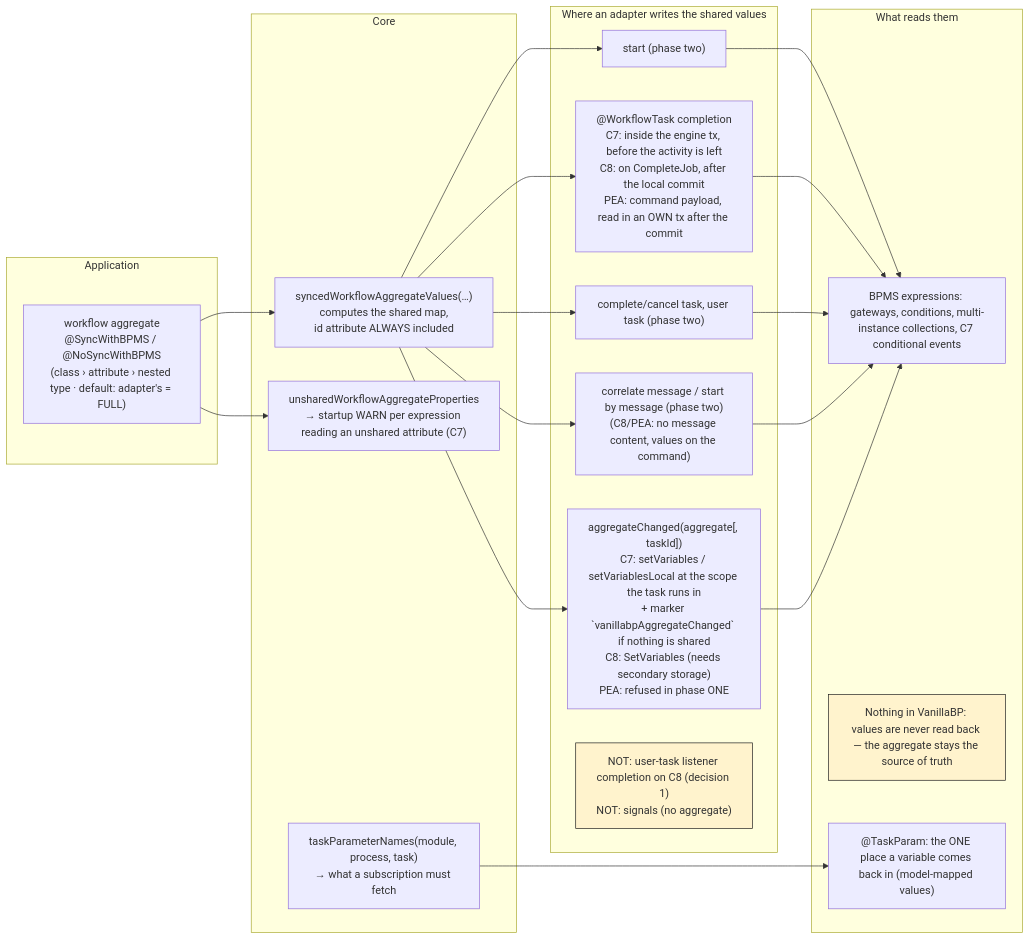
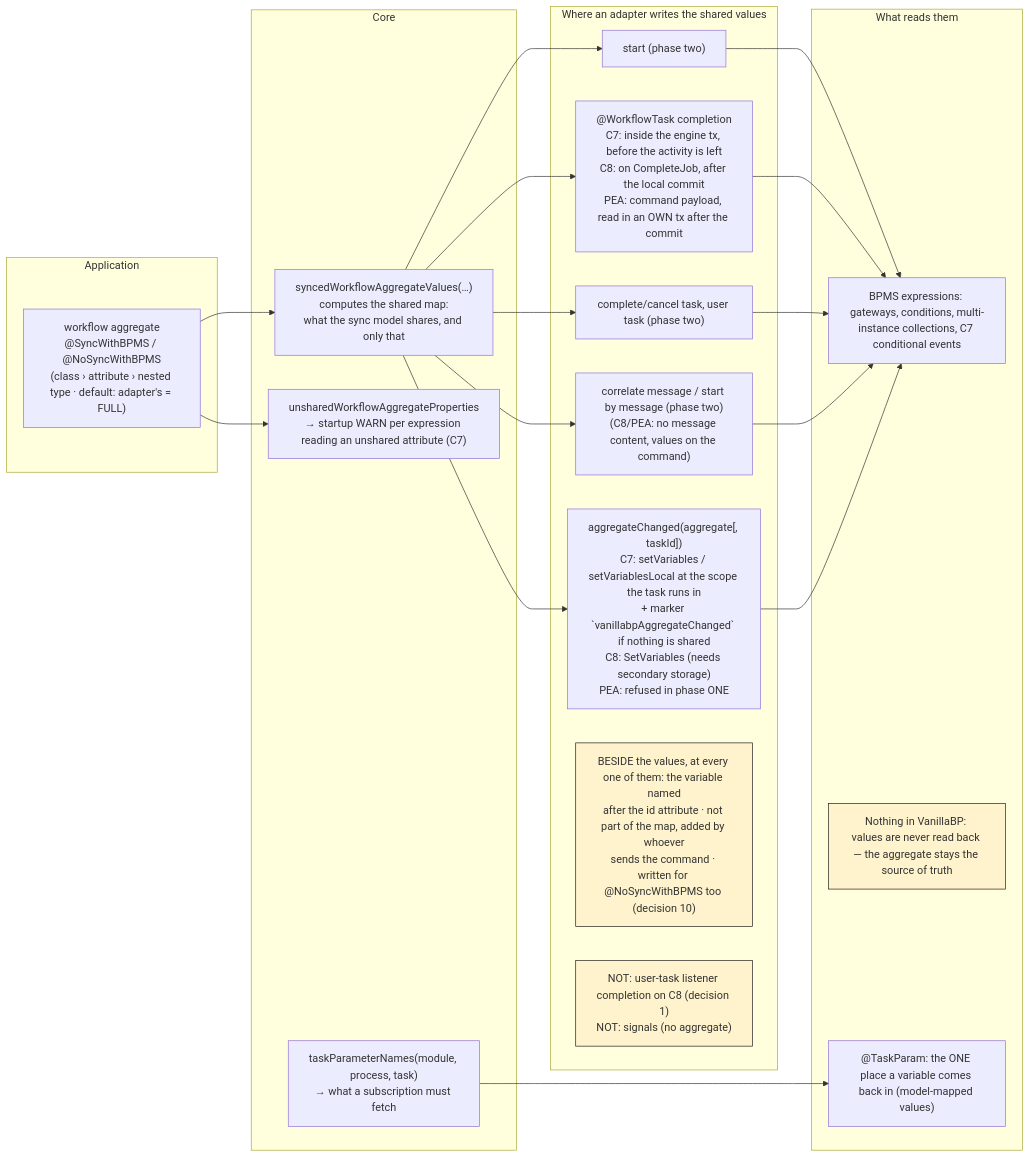
One commit to vanillabp/adapter-platform-integration changed diagram 12 of 15 in migration-adapter/README.md. Above: the diagram before and after it, drawn with Mermaid. The commit also changed 5 other files, not shown here.

````diff
--- a/migration-adapter/README.md
+++ b/migration-adapter/README.md
@@ -1751,39 +1751,40 @@
 ```mermaid
 flowchart LR
   subgraph APP["Application"]
     AGG["workflow aggregate<br/>@SyncWithBPMS / @NoSyncWithBPMS<br/>(class › attribute › nested type · default: adapter's = FULL)"]
   end
 
   subgraph CORE["Core"]
-    SV["syncedWorkflowAggregateValues(…)<br/>computes the shared map,<br/>id attribute ALWAYS included"]
+    SV["syncedWorkflowAggregateValues(…)<br/>computes the shared map:<br/>what the sync model shares, and only that"]
     UP["unsharedWorkflowAggregateProperties<br/>→ startup WARN per expression reading an unshared attribute (C7)"]
     TPN["taskParameterNames(module, process, task)<br/>→ what a subscription must fetch"]
   end
 
   AGG --> SV
   AGG --> UP
 
   subgraph WRITE["Where an adapter writes the shared values"]
     W1["start (phase two)"]
     W2["@WorkflowTask completion<br/>C7: inside the engine tx, before the activity is left<br/>C8: on CompleteJob, after the local commit<br/>PEA: command payload, read in an OWN tx after the commit"]
     W3["complete/cancel task, user task (phase two)"]
     W4["correlate message / start by message (phase two)<br/>(C8/PEA: no message content, values on the command)"]
     W5["aggregateChanged(aggregate[, taskId])<br/>C7: setVariables / setVariablesLocal at the scope the task runs in<br/>+ marker `vanillabpAggregateChanged` if nothing is shared<br/>C8: SetVariables (needs secondary storage)<br/>PEA: refused in phase ONE"]
+    WID["BESIDE the values, at every one of them: the variable named<br/>after the id attribute · not part of the map, added by whoever<br/>sends the command · written for @NoSyncWithBPMS too (decision 10)"]
     W0["NOT: user-task listener completion on C8 (decision 1)<br/>NOT: signals (no aggregate)"]
   end
 
   SV --> W1 & W2 & W3 & W4 & W5
 
   subgraph READ["What reads them"]
     R1["BPMS expressions: gateways, conditions, multi-instance collections, C7 conditional events"]
     R2["Nothing in VanillaBP: values are never read back — the aggregate stays the source of truth"]
     R3["@TaskParam: the ONE place a variable comes back in (model-mapped values)"]
   end
 
   W1 & W2 & W3 & W4 & W5 --> R1
   TPN --> R3
 
   classDef c7 fill:#f3e8ff,stroke:#1e1e1e;
   classDef note fill:#fff3cd,stroke:#1e1e1e;
-  class W0,R2 note;
+  class WID,W0,R2 note;
 ```
````
